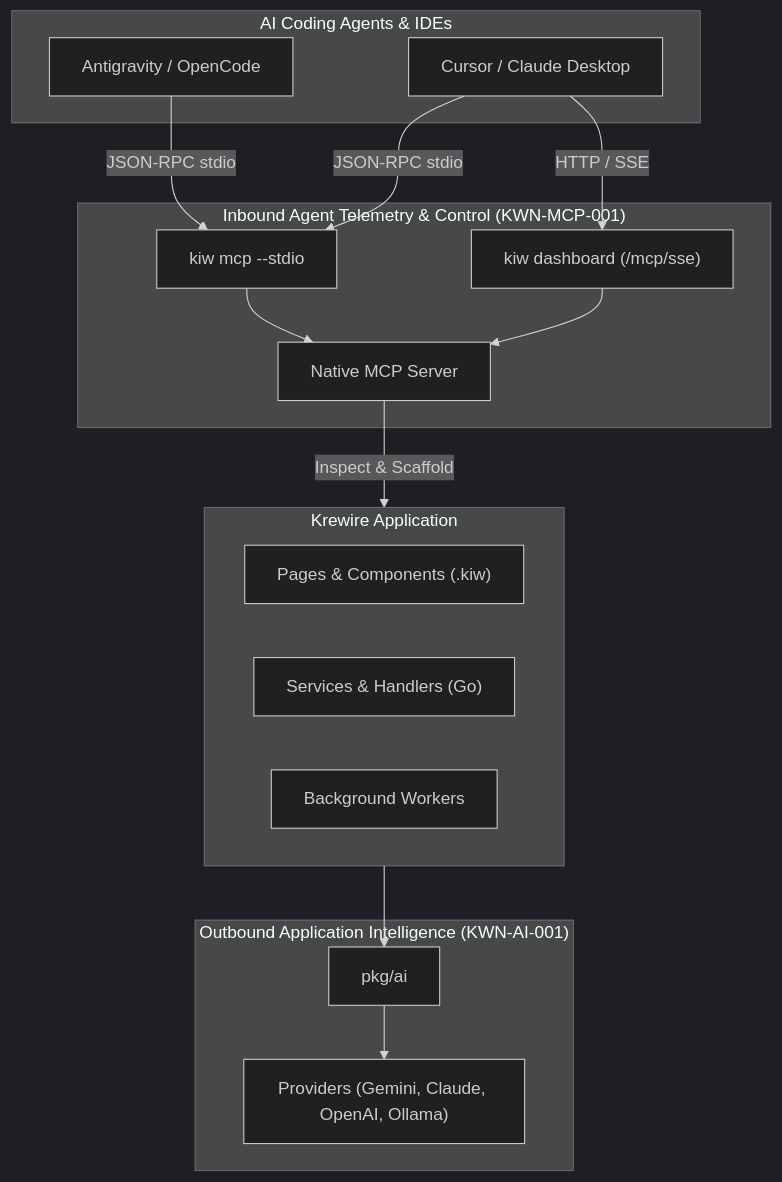
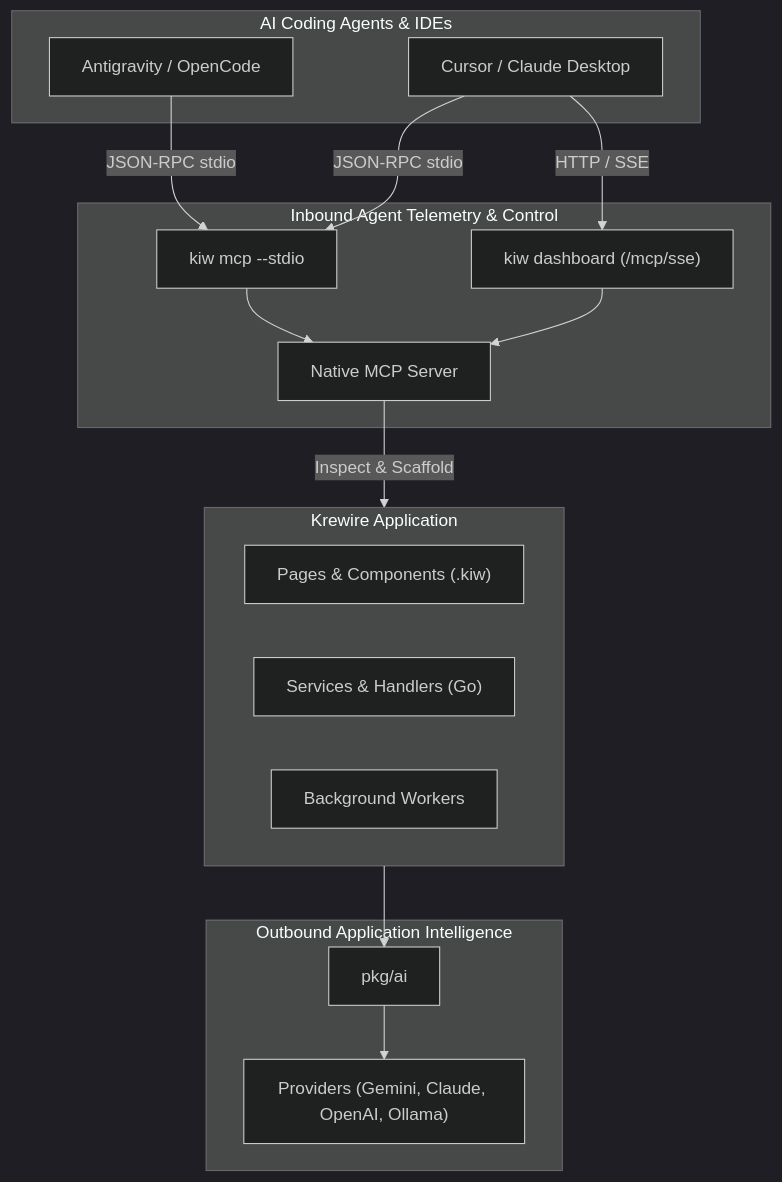
One commit to krewire/krewire.com changed the diagram in content/en/docs/09-guides/04-agentic-development.md. Above: the diagram before and after it, drawn with Mermaid (dark theme). The commit also changed other lines of this file and 18 other files, not shown here.

````diff
--- a/content/en/docs/09-guides/04-agentic-development.md
+++ b/content/en/docs/09-guides/04-agentic-development.md
@@ -17,34 +17,34 @@
 ```mermaid
 flowchart TD
     subgraph Agents ["AI Coding Agents & IDEs"]
         AGY["Antigravity / OpenCode"]
         CUR["Cursor / Claude Desktop"]
     end
 
-    subgraph Inbound ["Inbound Agent Telemetry & Control (KWN-MCP-001)"]
+    subgraph Inbound ["Inbound Agent Telemetry & Control"]
         STDIO["kiw mcp --stdio"]
         SSE["kiw dashboard (/mcp/sse)"]
         SRV["Native MCP Server"]
     end
 
-    subgraph Outbound ["Outbound Application Intelligence (KWN-AI-001)"]
+    subgraph Outbound ["Outbound Application Intelligence"]
         AISDK["pkg/ai"]
         PROV["Providers (Gemini, Claude, OpenAI, Ollama)"]
     end
 
     subgraph Project ["Krewire Application"]
         PAGES["Pages & Components (.kiw)"]
         SERVICES["Services & Handlers (Go)"]
         WORKERS["Background Workers"]
     end
 
     AGY -->|JSON-RPC stdio| STDIO
     CUR -->|JSON-RPC stdio| STDIO
     CUR -->|HTTP / SSE| SSE
     STDIO --> SRV
     SSE --> SRV
     SRV -->|Inspect & Scaffold| Project
 
     Project --> AISDK
     AISDK --> PROV
 ```
````
